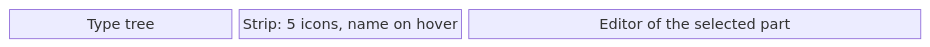
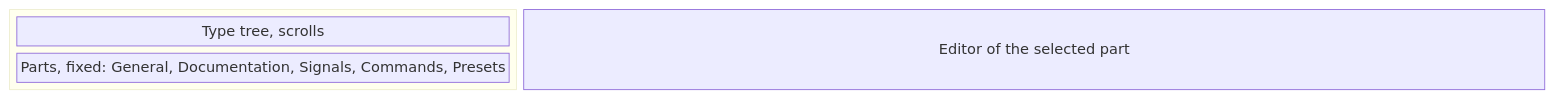
Before and after one commit to AlexandreGallais/synoptic-studio-spec: the sixth of 10 diagrams in metadata/01-types.md, drawn with Mermaid. The commit also changed other lines of this file and 5 other files, not shown here.

First line of the commit message:
docs(metadata): settle quantity column and list parts under the tree

````diff
--- a/metadata/01-types.md
+++ b/metadata/01-types.md
@@ -106,5 +107,10 @@
 ```mermaid
 block-beta
-    columns 4
-    tree["Type tree"] strip["Strip: 5 icons, name on hover"] editor["Editor of the selected part"]:2
+    columns 3
+    block:left
+        columns 1
+        tree["Type tree, scrolls"]
+        parts["Parts, fixed: General, Documentation, Signals, Commands, Presets"]
+    end
+    editor["Editor of the selected part"]:2
 ```
````
